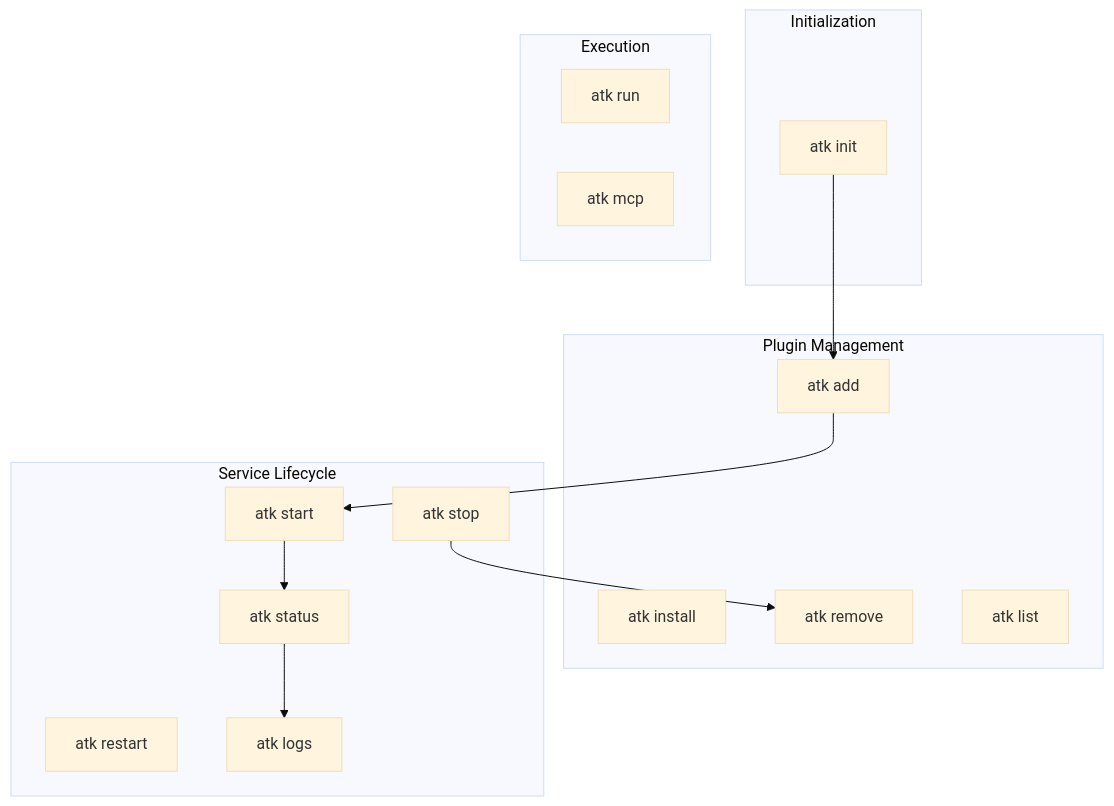
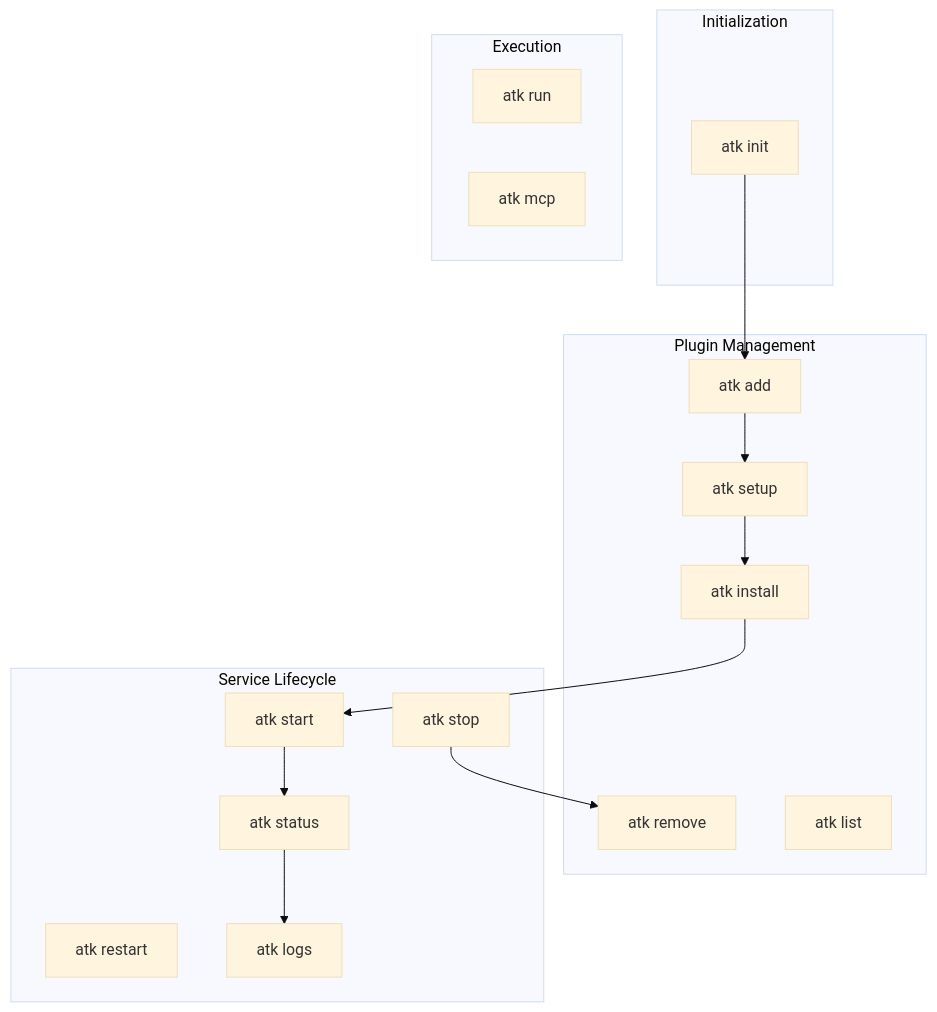
Before and after one commit to Svtoo/atk: the diagram in docs/specs/commands-spec.md, drawn with Mermaid (base theme). The commit also changed other lines of this file and 4 other files, not shown here.

````diff
--- a/docs/specs/commands-spec.md
+++ b/docs/specs/commands-spec.md
@@ -36,32 +38,35 @@
 ```mermaid
 flowchart TB
     subgraph Init["Initialization"]
         init[atk init]
     end
 
     subgraph Manage["Plugin Management"]
         add[atk add]
+        setup[atk setup]
         install[atk install]
         remove[atk remove]
         list[atk list]
     end
 
     subgraph Lifecycle["Service Lifecycle"]
         start[atk start]
         stop[atk stop]
         restart[atk restart]
         status[atk status]
         logs[atk logs]
     end
 
     subgraph Execute["Execution"]
         run[atk run]
         mcp[atk mcp]
     end
 
     init --> add
-    add --> start
+    add --> setup
+    setup --> install
+    install --> start
     start --> status
     status --> logs
     stop --> remove
 ```
````
